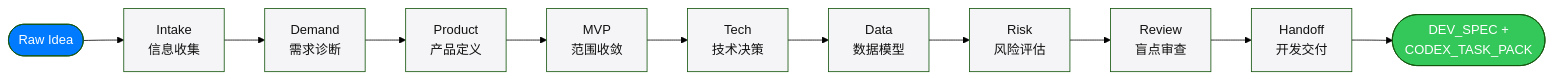
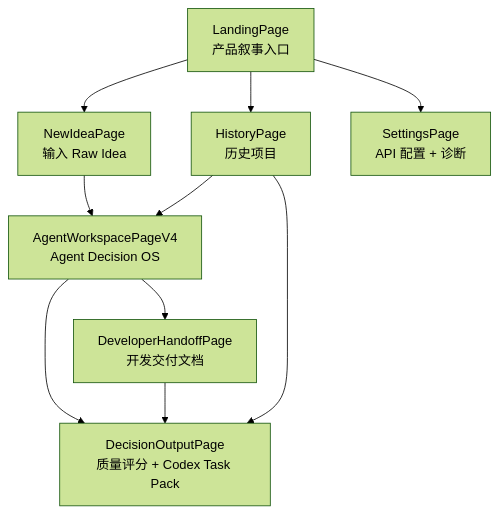
Before and after one commit to liuanye9-lab/vibe-product-framing-web: the sixth of 6 diagrams in README.md, drawn with Mermaid (forest theme). The commit also changed other lines of this file, not shown here.

````diff
--- a/README.md
+++ b/README.md
@@ -116,25 +328,20 @@
 ```mermaid
-flowchart LR
-    A([Raw Idea]) --> B[Intake<br/>信息收集]
-    B --> C[Demand<br/>需求诊断]
-    C --> D[Product<br/>产品定义]
-    D --> E[MVP<br/>范围收敛]
-    E --> F[Tech<br/>技术决策]
-    F --> G[Data<br/>数据模型]
-    G --> H[Risk<br/>风险评估]
-    H --> I[Review<br/>盲点审查]
-    I --> J[Handoff<br/>开发交付]
-    J --> K([DEV_SPEC +<br/>CODEX_TASK_PACK])
+flowchart TB
+    Landing[LandingPage<br/>产品叙事入口]
+    NewIdea[NewIdeaPage<br/>输入 Raw Idea]
+    Agent[AgentWorkspacePageV4<br/>Agent Decision OS]
+    Output[DecisionOutputPage<br/>质量评分 + Codex Task Pack]
+    Handoff[DeveloperHandoffPage<br/>开发交付文档]
+    Settings[SettingsPage<br/>API 配置 + 诊断]
+    History[HistoryPage<br/>历史项目]
 
-    style A fill:#007aff,color:#fff
-    style K fill:#34c759,color:#fff
-    style B fill:#f5f5f7,color:#111
-    style C fill:#f5f5f7,color:#111
-    style D fill:#f5f5f7,color:#111
-    style E fill:#f5f5f7,color:#111
-    style F fill:#f5f5f7,color:#111
-    style G fill:#f5f5f7,color:#111
-    style H fill:#f5f5f7,color:#111
-    style I fill:#f5f5f7,color:#111
-    style J fill:#f5f5f7,color:#111
+    Landing --> NewIdea
+    Landing --> History
+    Landing --> Settings
+    NewIdea --> Agent
+    Agent --> Output
+    Agent --> Handoff
+    History --> Agent
+    History --> Output
+    Handoff --> Output
 ```
````
